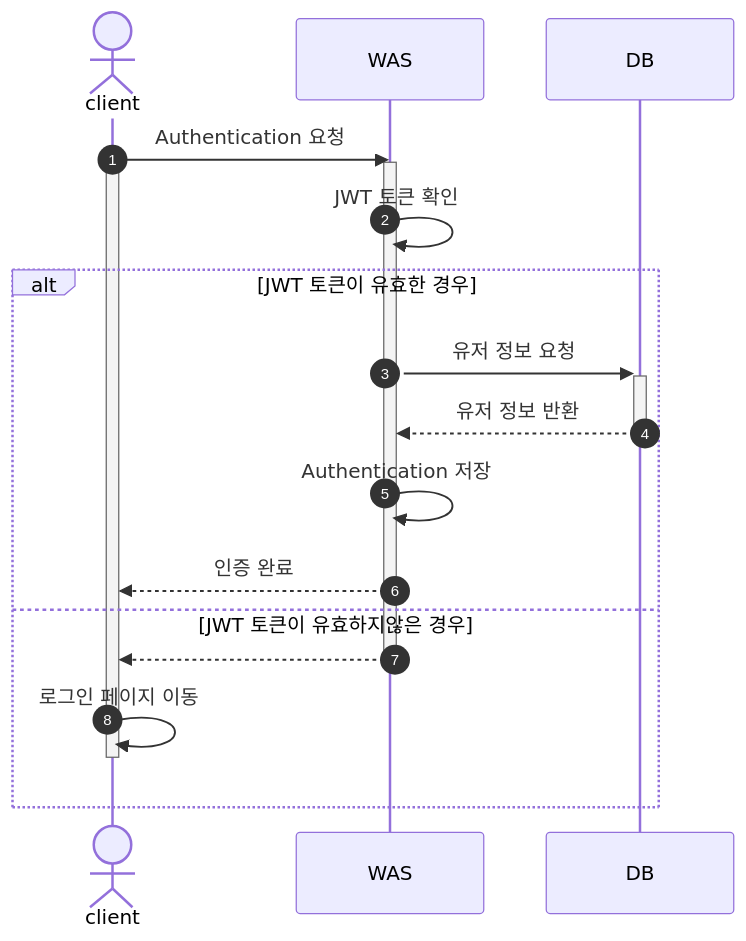
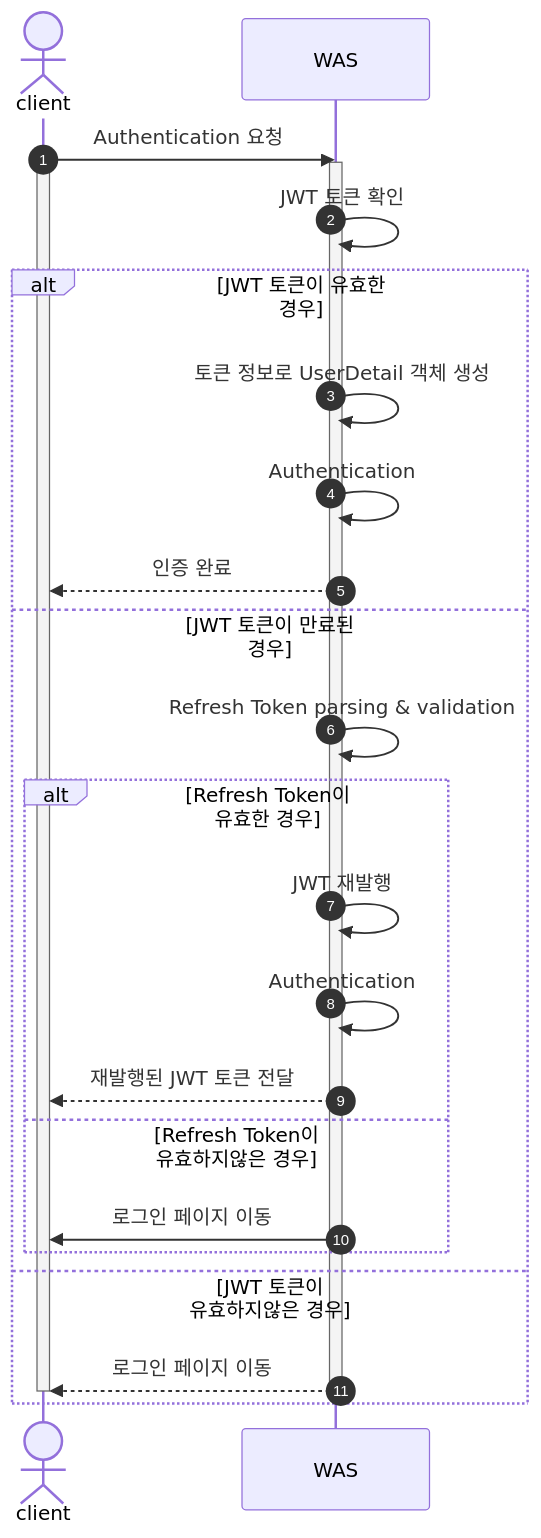
Before and after one commit to JadeKim042386/My3D: the third of 7 diagrams in README.md, drawn with Mermaid. The commit also changed other lines of this file, not shown here.

````diff
--- a/README.md
+++ b/README.md
@@ -96,20 +96,27 @@
 ```mermaid
 sequenceDiagram
     autonumber
     actor client
     client ->> WAS: Authentication 요청
     activate client
     activate WAS
     WAS ->> WAS: JWT 토큰 확인
     alt JWT 토큰이 유효한 경우
-        WAS ->>+ DB: 유저 정보 요청
-        DB -->>- WAS: 유저 정보 반환
-        WAS ->> WAS: Authentication 저장
+        WAS ->> WAS: 토큰 정보로 UserDetail 객체 생성
+        WAS ->> WAS: Authentication
         WAS -->> client: 인증 완료
+    else JWT 토큰이 만료된 경우
+        WAS ->> WAS: Refresh Token parsing & validation
+        alt Refresh Token이 유효한 경우
+            WAS ->> WAS: JWT 재발행
+            WAS ->> WAS: Authentication
+            WAS -->> client: 재발행된 JWT 토큰 전달
+        else Refresh Token이 유효하지않은 경우
+            WAS ->> client: 로그인 페이지 이동
+        end
     else JWT 토큰이 유효하지않은 경우
-        WAS -->> client: 
+        WAS -->> client: 로그인 페이지 이동
         deactivate WAS
-        client ->> client: 로그인 페이지 이동
         deactivate client
     end
 ```
````
